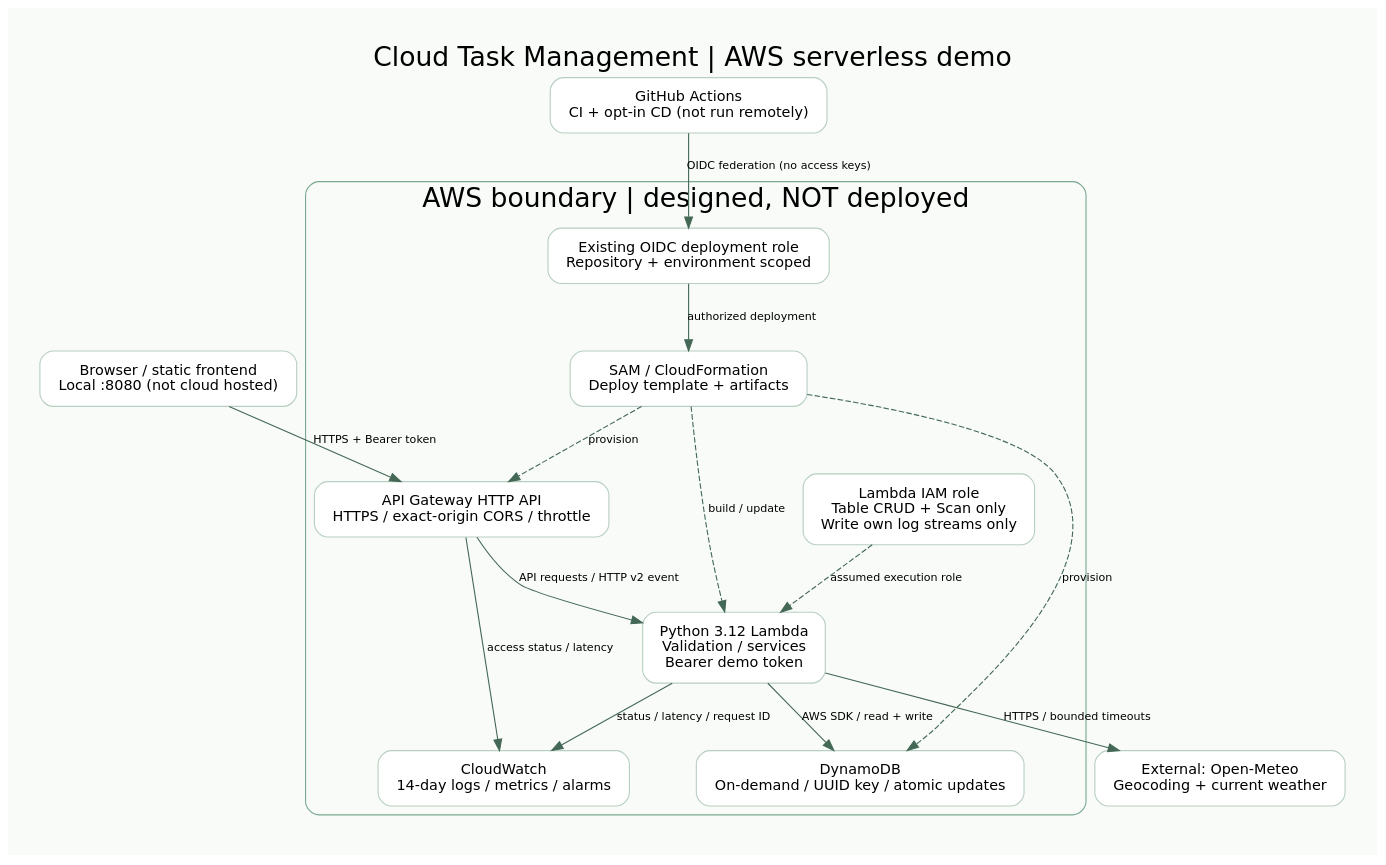
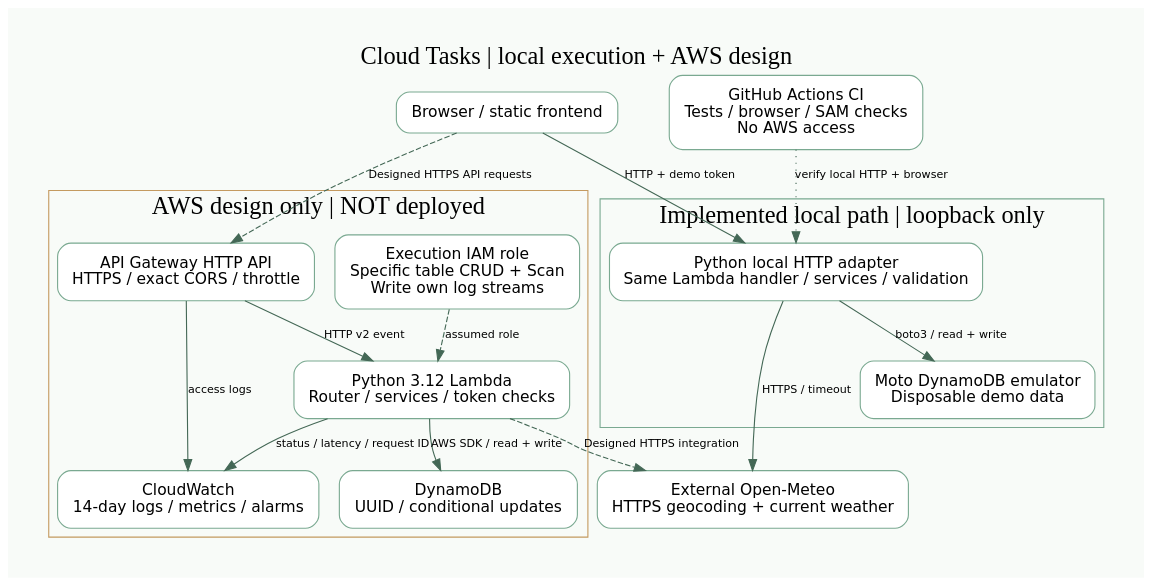
Before and after one commit to EricYang938/cathay-cloud-backend-assessment: the diagram in docs/architecture.dot, drawn with Graphviz. The commit also changed 31 other files, not shown here.

Commit message:
fix: complete local assessment workflow without AWS deployment

```diff
--- a/docs/architecture.dot
+++ b/docs/architecture.dot
@@ -1,33 +1,34 @@
 digraph G {
-      graph [rankdir=TB, bgcolor="#f8fbf8", pad="0.4", nodesep="0.5", ranksep="0.7",
-             label="Cloud Task Management | AWS serverless demo",
-             labelloc=t, fontsize=24, fontname="DejaVu Sans"];
-      node [shape=box, style="rounded,filled", fillcolor="white", color="#b9cec2",
-            fontname="DejaVu Sans", fontsize=13, margin="0.2,0.15"];
+      graph [rankdir=TB, bgcolor="#f8fbf8", pad="0.4", fontsize=22,
+             label="Cloud Tasks | local execution + AWS design", labelloc=t];
+      node [shape=box, style="rounded,filled", fillcolor=white, color="#7aa991",
+            fontname="DejaVu Sans", margin="0.2,0.15"];
       edge [fontname="DejaVu Sans", fontsize=10, color="#446856"];
-      browser [label="Browser / static frontend\nLocal :8080 (not cloud hosted)"];
-      weather [label="External: Open-Meteo\nGeocoding + current weather"];
-      github [label="GitHub Actions\nCI + opt-in CD (not run remotely)"];
+      browser [label="Browser / static frontend"];
+      actions [label="GitHub Actions CI\nTests / browser / SAM checks\nNo AWS access"];
+      weather [label="External Open-Meteo\nHTTPS geocoding + current weather"];
+      subgraph cluster_local {
+        label="Implemented local path | loopback only"; color="#7aa991";
+        localapi [label="Python local HTTP adapter\nSame Lambda handler / services / validation"];
+        moto [label="Moto DynamoDB emulator\nDisposable demo data"];
+      }
       subgraph cluster_aws {
-        label="AWS boundary | designed, NOT deployed"; color="#7aa991"; style=rounded;
-        gateway [label="API Gateway HTTP API\nHTTPS / exact-origin CORS / throttle"];
-        lambda [label="Python 3.12 Lambda\nValidation / services\nBearer demo token"];
-        db [label="DynamoDB\nOn-demand / UUID key / atomic updates"];
+        label="AWS design only | NOT deployed"; color="#c49a60";
+        gateway [label="API Gateway HTTP API\nHTTPS / exact CORS / throttle"];
+        lambda [label="Python 3.12 Lambda\nRouter / services / token checks"];
+        db [label="DynamoDB\nUUID / conditional updates"];
         logs [label="CloudWatch\n14-day logs / metrics / alarms"];
-        iam [label="Lambda IAM role\nTable CRUD + Scan only\nWrite own log streams only"];
-        oidc [label="Existing OIDC deployment role\nRepository + environment scoped"];
-        sam [label="SAM / CloudFormation\nDeploy template + artifacts"];
+        iam [label="Execution IAM role\nSpecific table CRUD + Scan\nWrite own log streams"];
       }
-      browser -> gateway [label="HTTPS + Bearer token"];
-      gateway -> lambda [label="API requests / HTTP v2 event"];
+      browser -> localapi [label="HTTP + demo token"];
+      localapi -> moto [label="boto3 / read + write"];
+      localapi -> weather [label="HTTPS / timeout"];
+      browser -> gateway [style=dashed,label="Designed HTTPS API requests"];
+      gateway -> lambda [label="HTTP v2 event"];
       lambda -> db [label="AWS SDK / read + write"];
+      lambda -> weather [style=dashed,label="Designed HTTPS integration"];
       lambda -> logs [label="status / latency / request ID"];
-      gateway -> logs [label="access status / latency"];
-      iam -> lambda [label="assumed execution role", style=dashed];
-      lambda -> weather [label="HTTPS / bounded timeouts"];
-      github -> oidc [label="OIDC federation (no access keys)"];
-      oidc -> sam [label="authorized deployment"];
-      sam -> lambda [label="build / update", style=dashed];
-      sam -> gateway [style=dashed, label="provision"];
-      sam -> db [style=dashed, label="provision"];
+      gateway -> logs [label="access logs"];
+      iam -> lambda [style=dashed,label="assumed role"];
+      actions -> localapi [style=dotted,label="verify local HTTP + browser"];
     }
```
